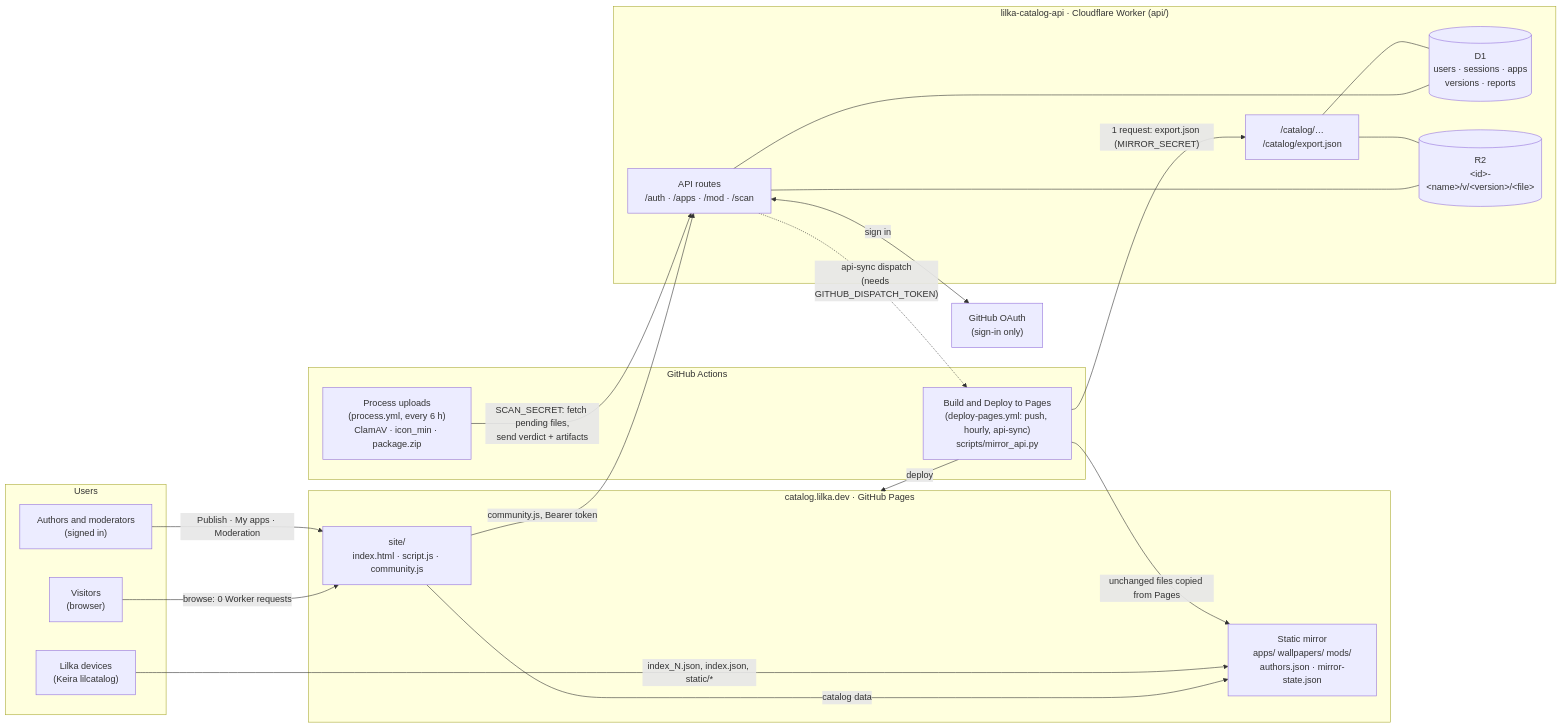
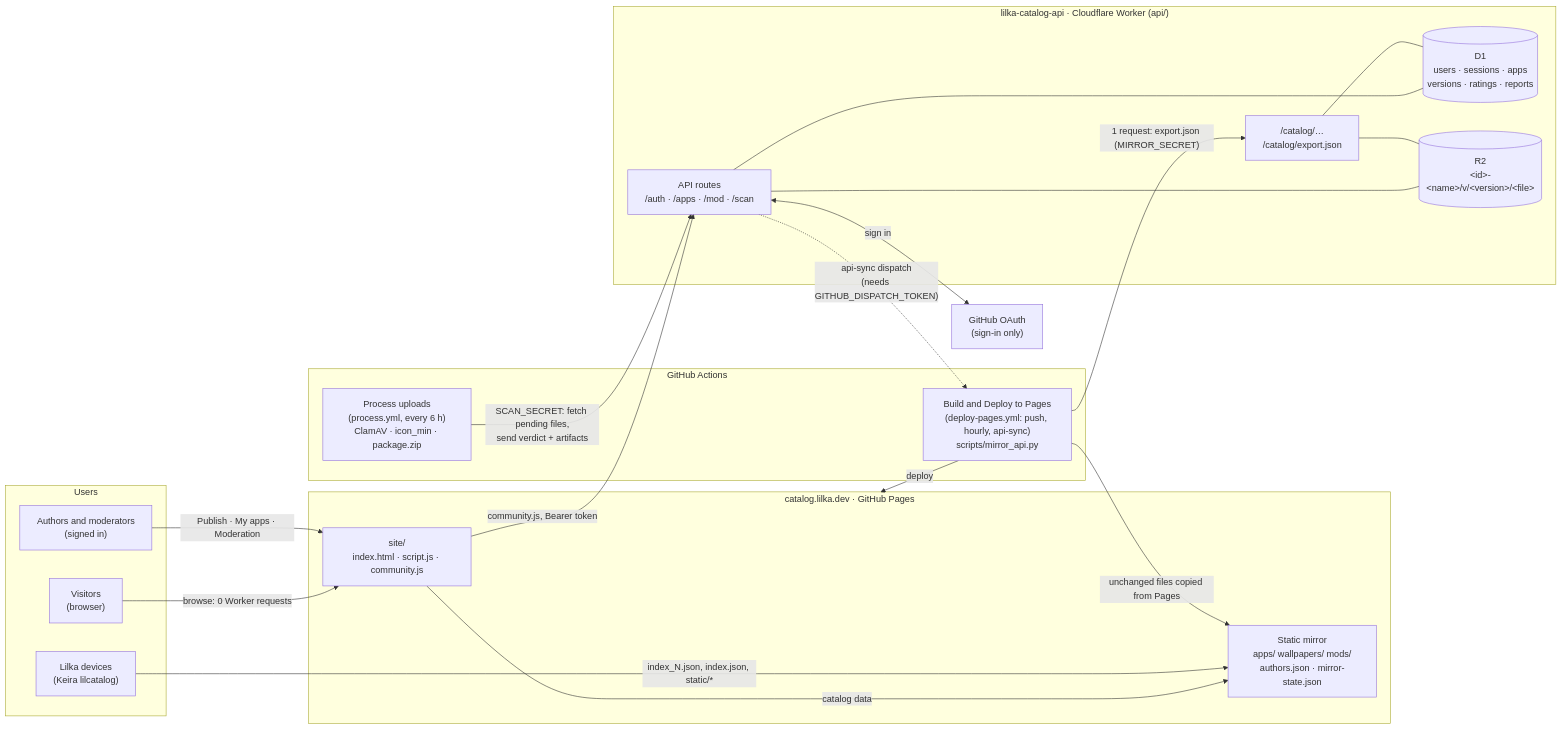
The first of 3 diagrams in api/README.md (lilka-dev/catalog), drawn with Mermaid before and after one commit. The commit also changed other lines of this file and 10 other files, not shown here.

First line of the commit message:
feat: bring back ratings, for signed-in users, at almost no Worker cost

````diff
--- a/api/README.md
+++ b/api/README.md
@@ -9,45 +9,45 @@
 ```mermaid
 flowchart LR
     subgraph Users
         V["Visitors<br/>(browser)"]
         A["Authors and moderators<br/>(signed in)"]
         K["Lilka devices<br/>(Keira lilcatalog)"]
     end
 
     subgraph Pages["catalog.lilka.dev · GitHub Pages"]
         SITE["site/<br/>index.html · script.js · community.js"]
         MIRROR["Static mirror<br/>apps/ wallpapers/ mods/<br/>authors.json · mirror-state.json"]
     end
 
     subgraph CF["lilka-catalog-api · Cloudflare Worker (api/)"]
         API["API routes<br/>/auth · /apps · /mod · /scan"]
         CAT["/catalog/…<br/>/catalog/export.json"]
-        D1[("D1<br/>users · sessions · apps<br/>versions · reports")]
+        D1[("D1<br/>users · sessions · apps<br/>versions · ratings · reports")]
         R2[("R2<br/>&lt;id&gt;-&lt;name&gt;/v/&lt;version&gt;/&lt;file&gt;")]
     end
 
     subgraph GH["GitHub Actions"]
         PROC["Process uploads<br/>(process.yml, every 6 h)<br/>ClamAV · icon_min · package.zip"]
         DEPLOY["Build and Deploy to Pages<br/>(deploy-pages.yml: push, hourly, api-sync)<br/>scripts/mirror_api.py"]
     end
 
     GITHUB["GitHub OAuth<br/>(sign-in only)"]
 
     V -->|"browse: 0 Worker requests"| SITE
     SITE -->|"catalog data"| MIRROR
     K -->|"index_N.json, index.json, static/*"| MIRROR
 
     A -->|"Publish · My apps · Moderation"| SITE
     SITE -->|"community.js, Bearer token"| API
     API <-->|"sign in"| GITHUB
     API --- D1
     API --- R2
     CAT --- D1
     CAT --- R2
 
     PROC -->|"SCAN_SECRET: fetch pending files,<br/>send verdict + artifacts"| API
     DEPLOY -->|"1 request: export.json (MIRROR_SECRET)"| CAT
     DEPLOY -->|"unchanged files copied from Pages"| MIRROR
     DEPLOY -->|"deploy"| Pages
     API -.->|"api-sync dispatch<br/>(needs GITHUB_DISPATCH_TOKEN)"| DEPLOY
 ```
````
